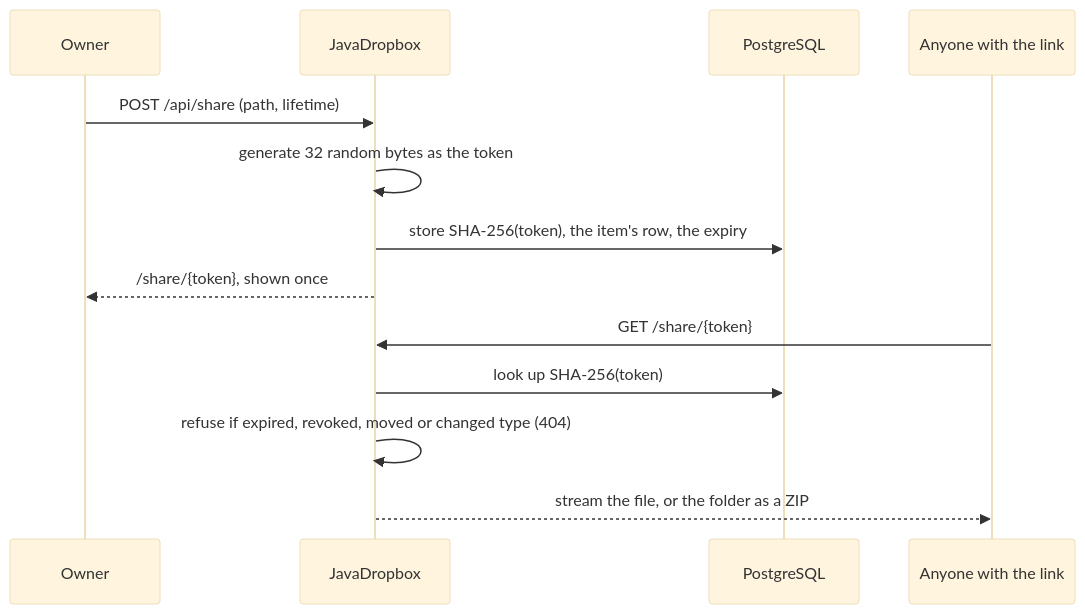
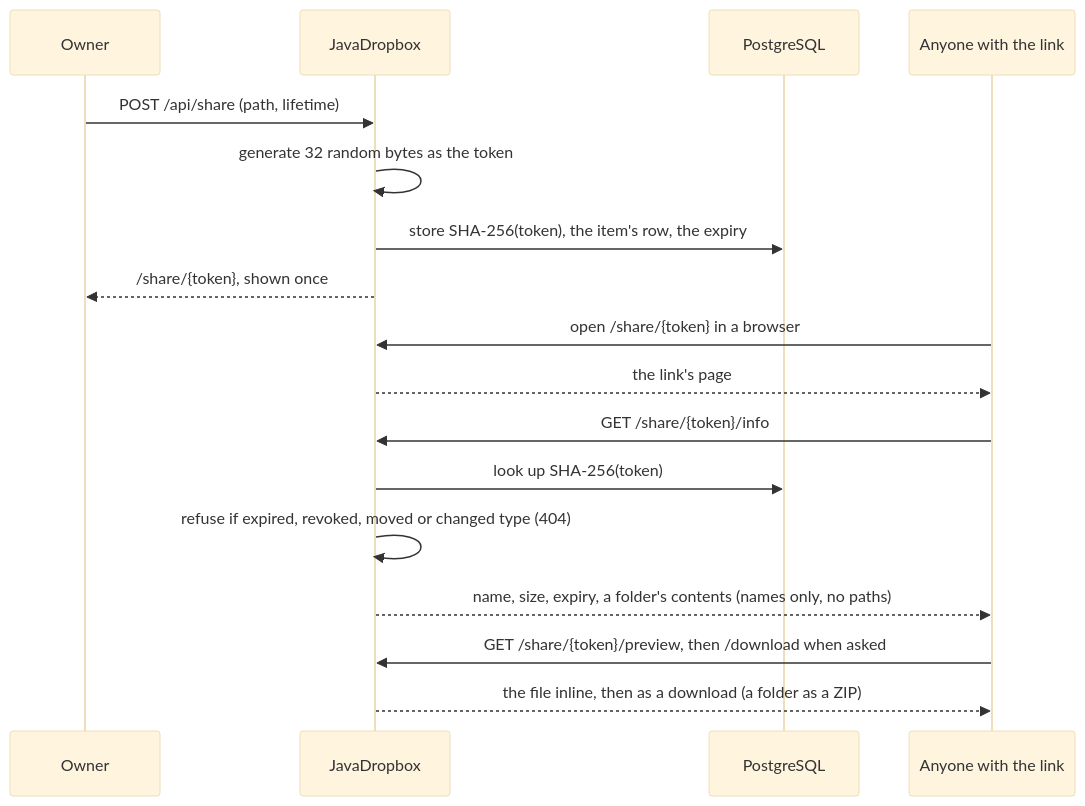
Before and after one commit to mevcaus/JavaDropbox: the fourth of 5 diagrams in README.md, drawn with Mermaid (base theme). The commit also changed other lines of this file and 3 other files, not shown here.

Commit message:
document share link pages

````diff
--- a/README.md
+++ b/README.md
@@ -162,16 +162,20 @@
 ```mermaid
 sequenceDiagram
     participant O as Owner
     participant A as JavaDropbox
     participant P as PostgreSQL
     participant V as Anyone with the link
 
     O->>A: POST /api/share (path, lifetime)
     A->>A: generate 32 random bytes as the token
     A->>P: store SHA-256(token), the item's row, the expiry
     A-->>O: /share/{token}, shown once
-    V->>A: GET /share/{token}
+    V->>A: open /share/{token} in a browser
+    A-->>V: the link's page
+    V->>A: GET /share/{token}/info
     A->>P: look up SHA-256(token)
     A->>A: refuse if expired, revoked, moved or changed type (404)
-    A-->>V: stream the file, or the folder as a ZIP
+    A-->>V: name, size, expiry, a folder's contents (names only, no paths)
+    V->>A: GET /share/{token}/preview, then /download when asked
+    A-->>V: the file inline, then as a download (a folder as a ZIP)
 ```
````
